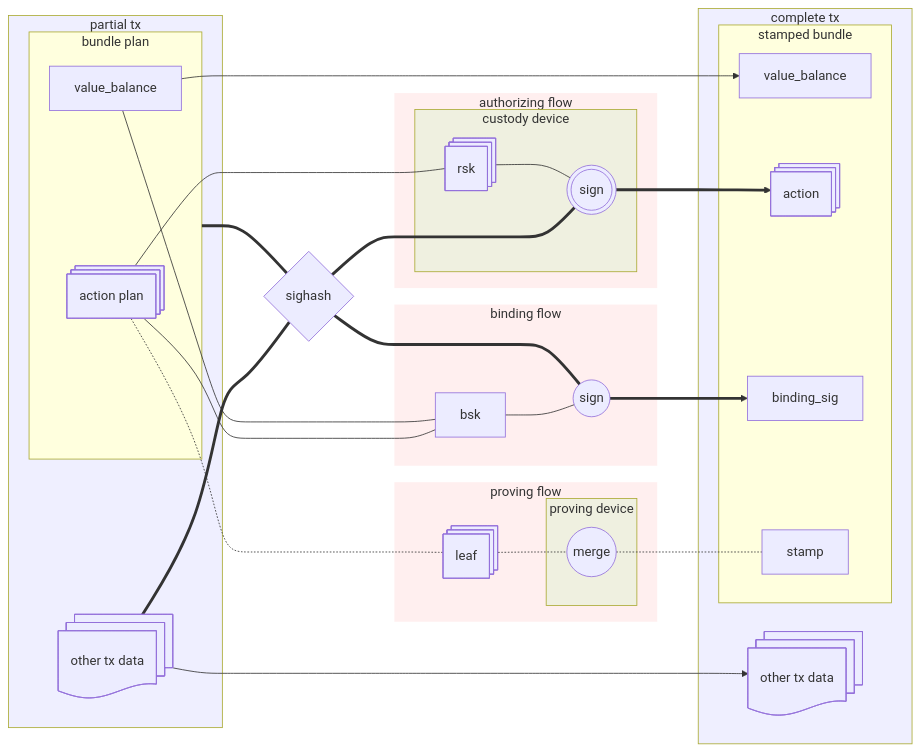
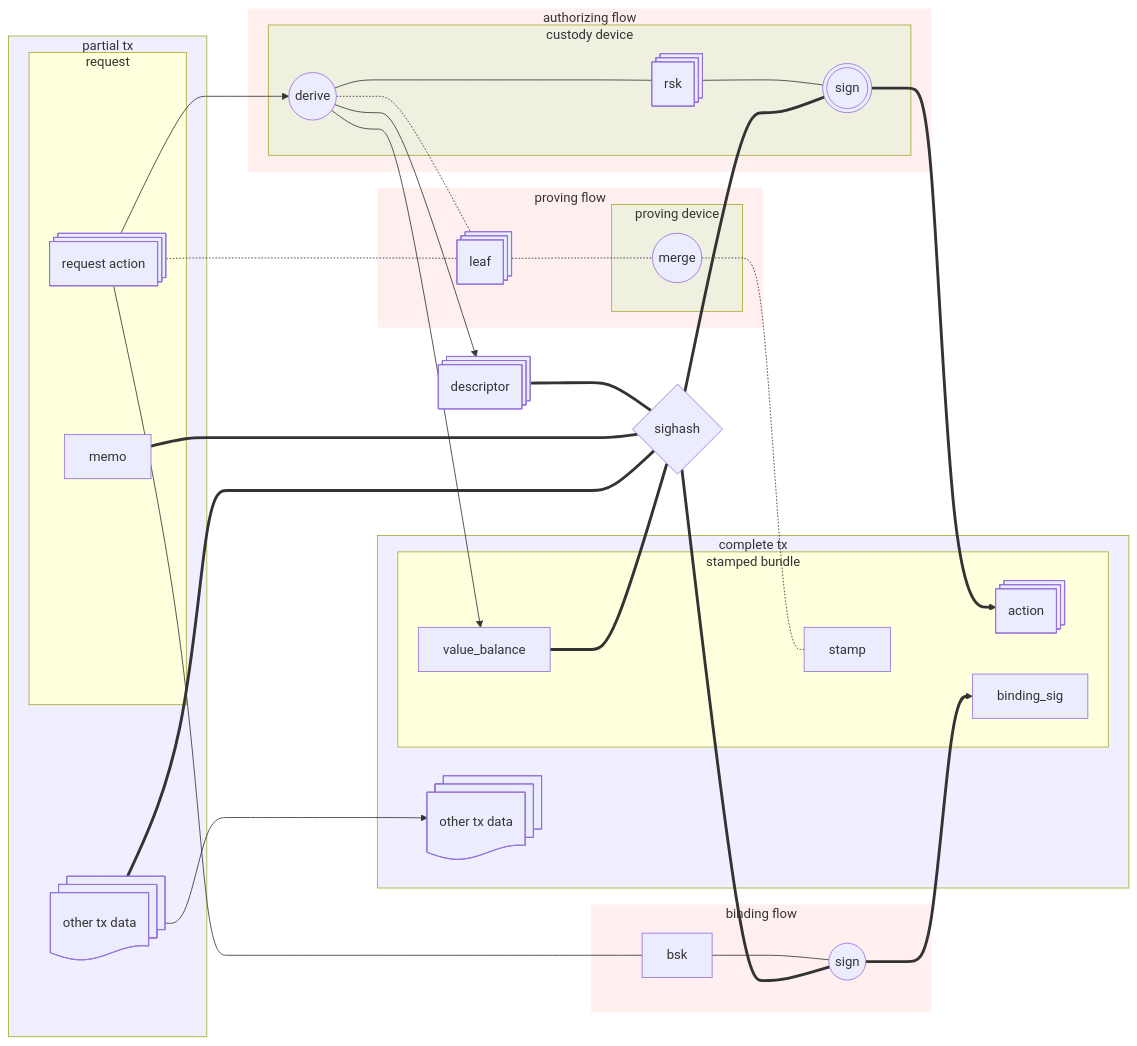
The second of 3 diagrams in book/src/authorization.md (tachyon-zcash/tachyon), drawn with Mermaid before and after one commit. The commit also changed other lines of this file, not shown here.

First line of the commit message:
docs: custody derives every signed value in one exchange

````diff
--- a/book/src/authorization.md
+++ b/book/src/authorization.md
@@ -172,68 +178,62 @@
 ```mermaid
 flowchart LR
     style proving fill:#ff000010,stroke:none
     style authorization fill:#ff000010,stroke:none
     style binding fill:#ff000010,stroke:none
 
     style custody fill:#00ff0010
     style prover fill:#00ff0010
 
     style pczt fill:#0000ff10
     style tx fill:#0000ff10
 
 
     subgraph pczt[partial tx]
-        subgraph bundle_plan["bundle plan"]
-            action_plan@{ shape: st-rect, label: "action plan" }
-            value_balance
+        subgraph request
+            request_action@{ shape: st-rect, label: "request action" }
+            memo
         end
-        other1@{ shape: st-doc, label: "other tx data" } 
+        other1@{ shape: st-doc, label: "other tx data" }
     end
-    pczt ~~~ sighash{sighash}
-    bundle_plan & other1 === sighash 
-
-
-    value_balance --> value_balance_2[value_balance]
 
     subgraph tx[complete tx]
         subgraph bundle["stamped bundle"]
-            value_balance_2[value_balance]
+            value_balance
             action@{ shape: st-rect }
             binding_sig
             stamp
         end
         other2@{ shape: st-doc, label: "other tx data" }
     end
 
+    subgraph authorization["authorizing flow"]
+        subgraph custody["custody device"]
+            derive((derive))
+            rsk@{ shape: st-rect }
+            sign_action((("sign")))
+        end
+    end
+    request_action --> derive
+    derive --> descriptor@{ shape: st-rect, label: "descriptor" }
+    derive --> value_balance
+    descriptor & value_balance & memo & other1 === sighash{sighash}
+    derive --- rsk --- sign_action ==> action
+    sighash === sign_action
 
+    subgraph binding["binding flow"]
+        bsk
+        sign_binding_sig(("sign"))
+    end
+    request_action --- bsk --- sign_binding_sig ==> binding_sig
+    sighash === sign_binding_sig
 
     subgraph proving["proving flow"]
         leaf@{ shape: st-rect, label: "leaf" }
         subgraph prover["proving device"]
             merge((merge))
         end
     end
-    action_plan -.- leaf -.- merge -.- stamp
-
-
-    sighash ~~~ binding
-    subgraph binding["binding flow"]
-        bsk 
-        sign_binding_sig(("sign"))
-    end
-    action_plan & value_balance --- bsk --- sign_binding_sig ==> binding_sig
-    sighash === sign_binding_sig
-
-    sighash ~~~ authorization
-    subgraph authorization["authorizing flow"]
-        subgraph custody["custody device"]
-            rsk@{ shape: st-rect }
-            sign_action((("sign")))
-        end
-    end
-    sighash === sign_action
-    action_plan --- rsk --- sign_action ==> action
+    request_action & derive -.- leaf -.- merge -.- stamp
 
     other1 --> other2
-    pczt ~~~ sighash
 ```
````
